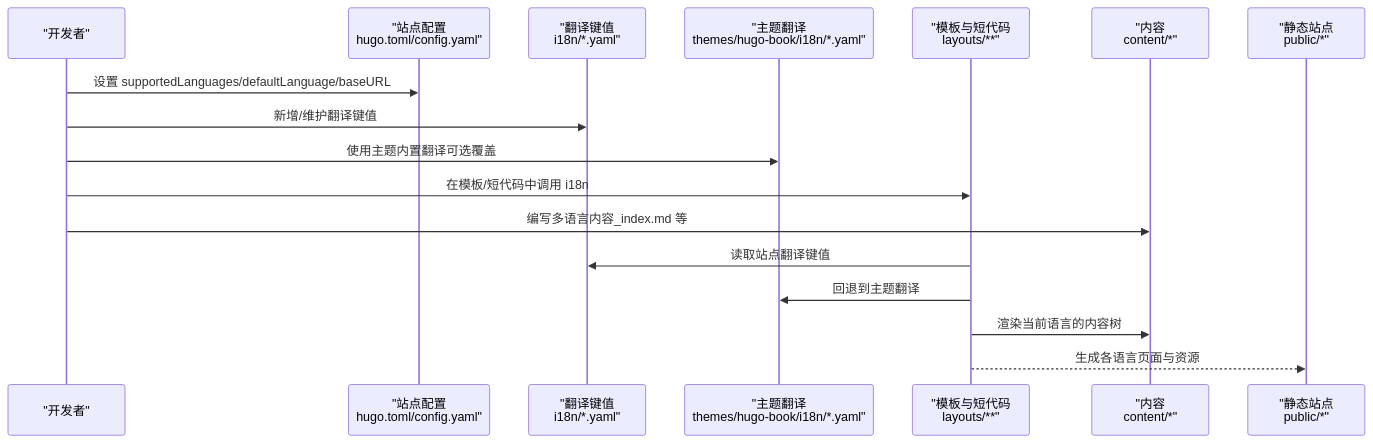
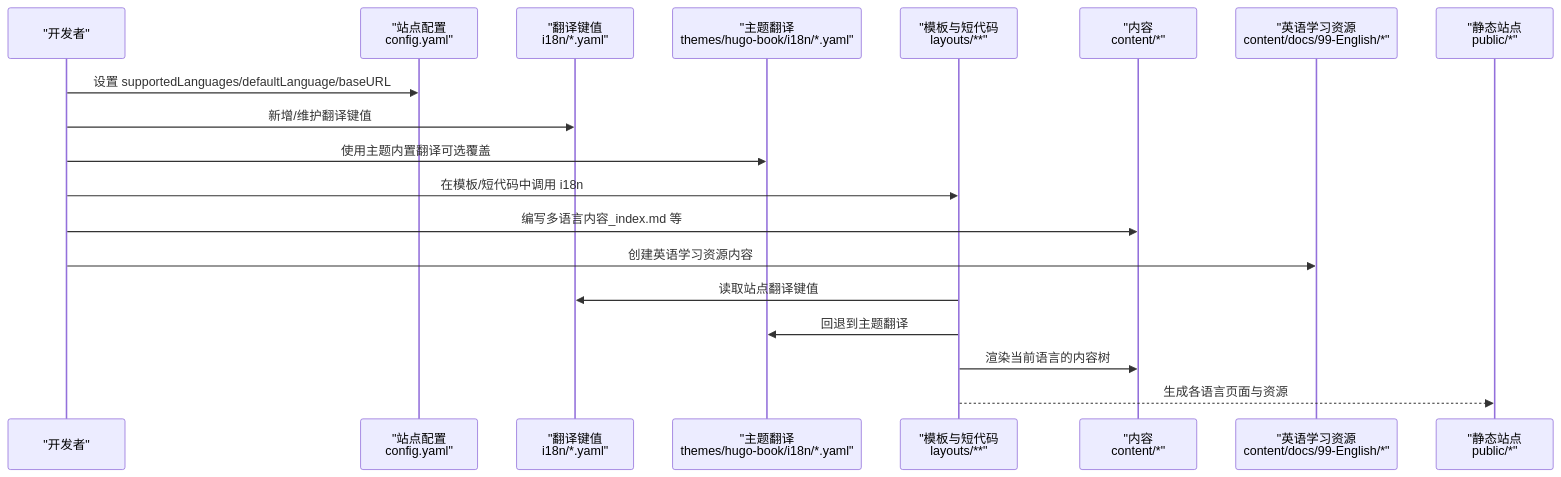
The second of 6 diagrams in .qoder/repowiki/zh/content/主题定制/多语言支持.md (nianjiang/nianjiang.github.io), drawn with Mermaid before and after one commit. The commit also changed other lines of this file and 21 other files, not shown here.

````diff
--- a/.qoder/repowiki/zh/content/主题定制/多语言支持.md
+++ b/.qoder/repowiki/zh/content/主题定制/多语言支持.md
@@ -101,19 +97,21 @@
 ```mermaid
 sequenceDiagram
 participant Dev as "开发者"
-participant Config as "站点配置<br/>hugo.toml/config.yaml"
+participant Config as "站点配置<br/>config.yaml"
 participant I18n as "翻译键值<br/>i18n/*.yaml"
 participant ThemeI18n as "主题翻译<br/>themes/hugo-book/i18n/*.yaml"
 participant Layout as "模板与短代码<br/>layouts/**"
 participant Content as "内容<br/>content/*"
+participant EnglishContent as "英语学习资源<br/>content/docs/99-English/*"
 participant Output as "静态站点<br/>public/*"
 Dev->>Config : 设置 supportedLanguages/defaultLanguage/baseURL
 Dev->>I18n : 新增/维护翻译键值
 Dev->>ThemeI18n : 使用主题内置翻译可选覆盖
 Dev->>Layout : 在模板/短代码中调用 i18n
 Dev->>Content : 编写多语言内容_index.md 等
+Dev->>EnglishContent : 创建英语学习资源内容
 Layout->>I18n : 读取站点翻译键值
 Layout->>ThemeI18n : 回退到主题翻译
 Layout->>Content : 渲染当前语言的内容树
 Layout-->>Output : 生成各语言页面与资源
 ```
````
